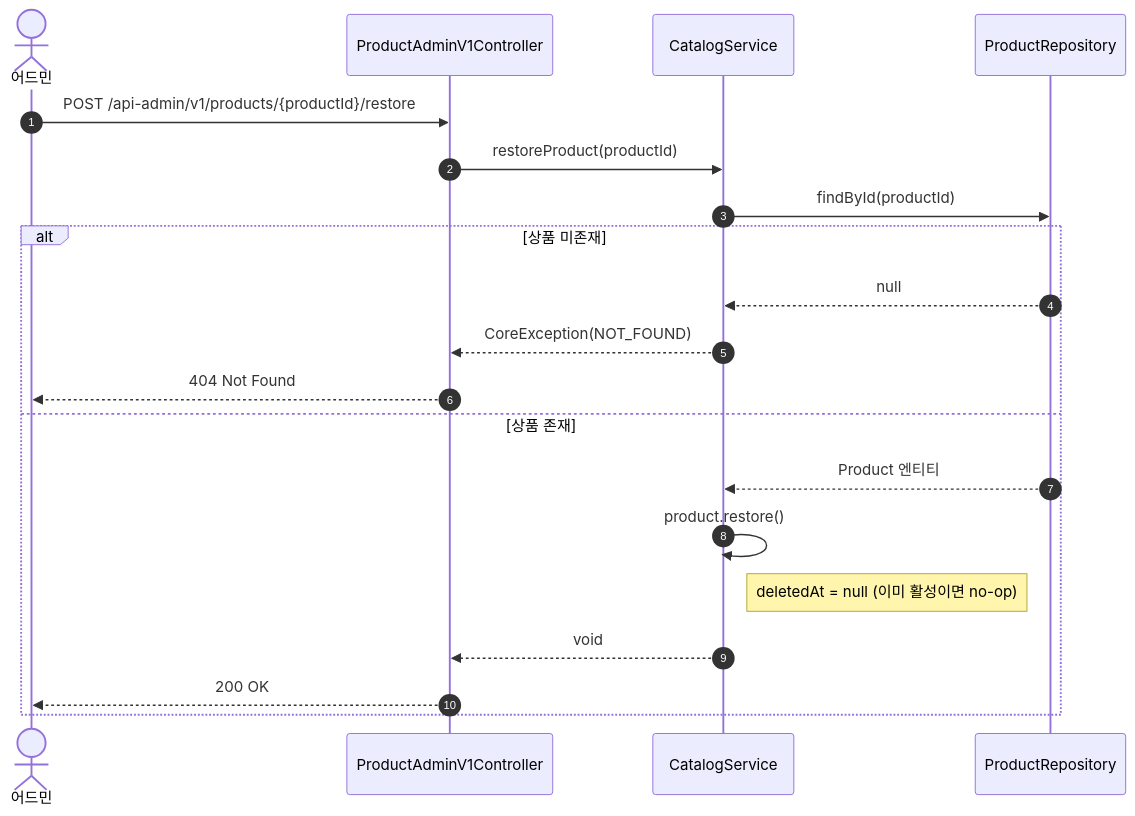
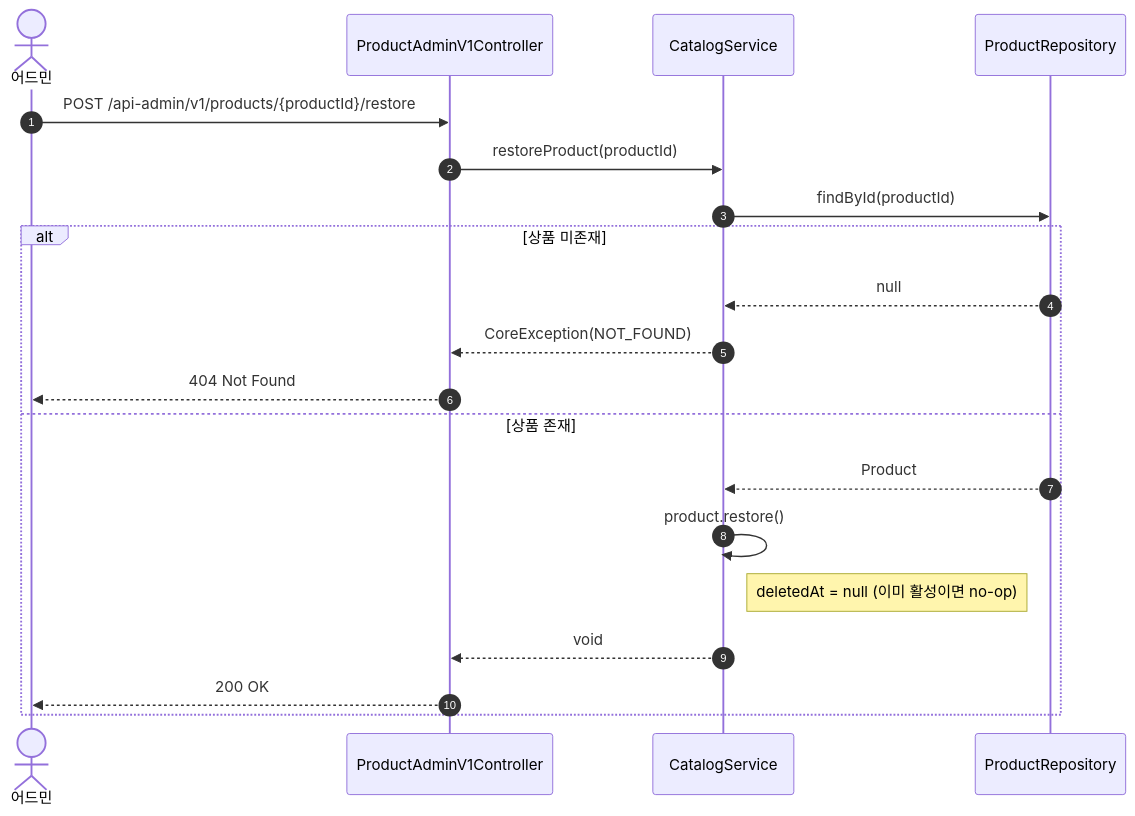
One commit to Loopers-dev-lab/loop-pack-be-l2-vol3-kotlin changed diagram 15 of 26 in docs/design/02-sequence-diagrams.md. Above: the diagram before and after it, drawn with Mermaid. The commit also changed other lines of this file and 6 other files, not shown here.

````diff
--- a/docs/design/02-sequence-diagrams.md
+++ b/docs/design/02-sequence-diagrams.md
@@ -391,23 +391,23 @@
 ```mermaid
 sequenceDiagram
     autonumber
     actor Admin as 어드민
     participant C as ProductAdminV1Controller
     participant S as CatalogService
     participant R as ProductRepository
 
     Admin ->> C: POST /api-admin/v1/products/{productId}/restore
     C ->> S: restoreProduct(productId)
     S ->> R: findById(productId)
     alt 상품 미존재
         R -->> S: null
         S -->> C: CoreException(NOT_FOUND)
         C -->> Admin: 404 Not Found
     else 상품 존재
-        R -->> S: Product 엔티티
+        R -->> S: Product
         S ->> S: product.restore()
         Note right of S: deletedAt = null (이미 활성이면 no-op)
         S -->> C: void
         C -->> Admin: 200 OK
     end
 ```
````
